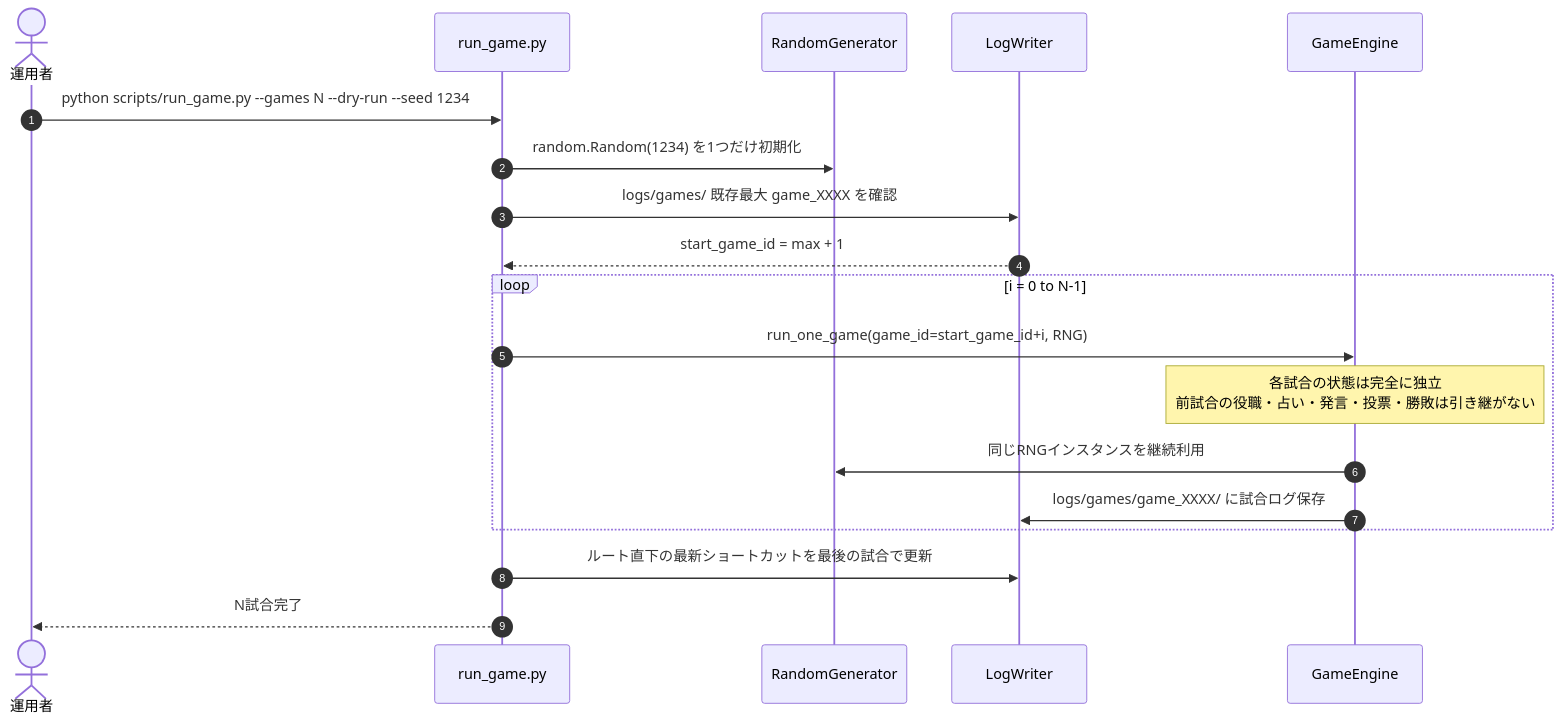
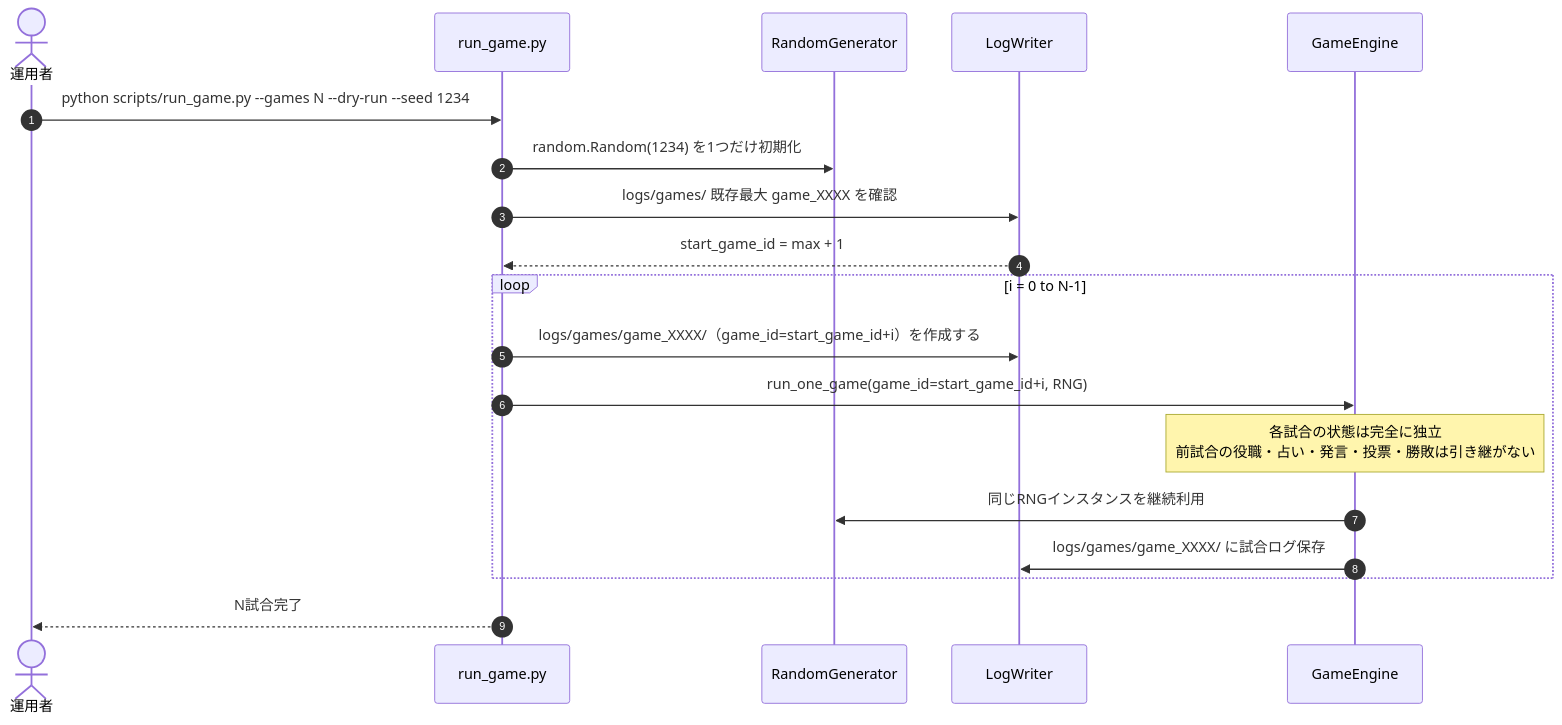
One commit to garyohosu/werewolf-game changed the second of 5 diagrams in SEQUENCE.md. Above: the diagram before and after it, drawn with Mermaid. The commit also changed other lines of this file and 17 other files, not shown here.

````diff
--- a/SEQUENCE.md
+++ b/SEQUENCE.md
@@ -225,24 +227,24 @@
 ```mermaid
 sequenceDiagram
     autonumber
     actor Operator as 運用者
     participant Runner as run_game.py
     participant RNG as RandomGenerator
     participant Log as LogWriter
     participant Engine as GameEngine
 
     Operator->>Runner: python scripts/run_game.py --games N --dry-run --seed 1234
     Runner->>RNG: random.Random(1234) を1つだけ初期化
     Runner->>Log: logs/games/ 既存最大 game_XXXX を確認
     Log-->>Runner: start_game_id = max + 1
 
     loop i = 0 to N-1
+        Runner->>Log: logs/games/game_XXXX/（game_id=start_game_id+i）を作成する
         Runner->>Engine: run_one_game(game_id=start_game_id+i, RNG)
         Note over Engine: 各試合の状態は完全に独立<br/>前試合の役職・占い・発言・投票・勝敗は引き継がない
         Engine->>RNG: 同じRNGインスタンスを継続利用
         Engine->>Log: logs/games/game_XXXX/ に試合ログ保存
     end
 
-    Runner->>Log: ルート直下の最新ショートカットを最後の試合で更新
     Runner-->>Operator: N試合完了
 ```
````
